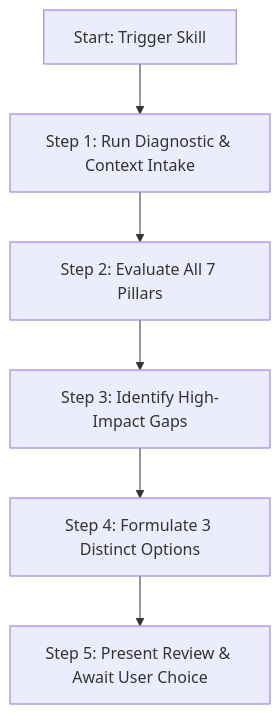
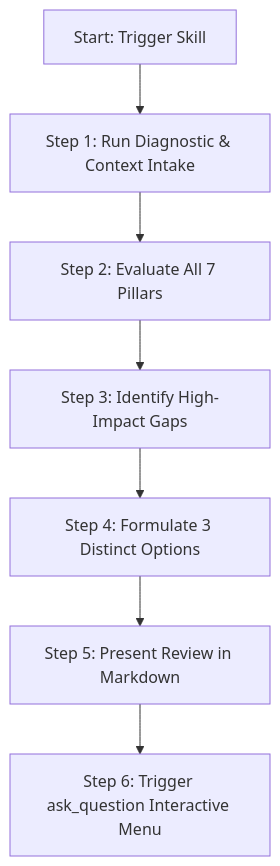
One commit to SnickerSec/ispeakpidgin changed the diagram in .claude/skills/pidgin-review-advisor/SKILL.md. Above: the diagram before and after it, drawn with Mermaid. The commit also changed other lines of this file and 10 other files, not shown here.

````diff
--- a/.claude/skills/pidgin-review-advisor/SKILL.md
+++ b/.claude/skills/pidgin-review-advisor/SKILL.md
@@ -89,8 +92,9 @@
 ```mermaid
 flowchart TD
     A[Start: Trigger Skill] --> B[Step 1: Run Diagnostic & Context Intake]
     B --> C[Step 2: Evaluate All 7 Pillars]
     C --> D[Step 3: Identify High-Impact Gaps]
     D --> E[Step 4: Formulate 3 Distinct Options]
-    E --> F[Step 5: Present Review & Await User Choice]
+    E --> F[Step 5: Present Review in Markdown]
+    F --> G[Step 6: Trigger ask_question Interactive Menu]
 ```
````
